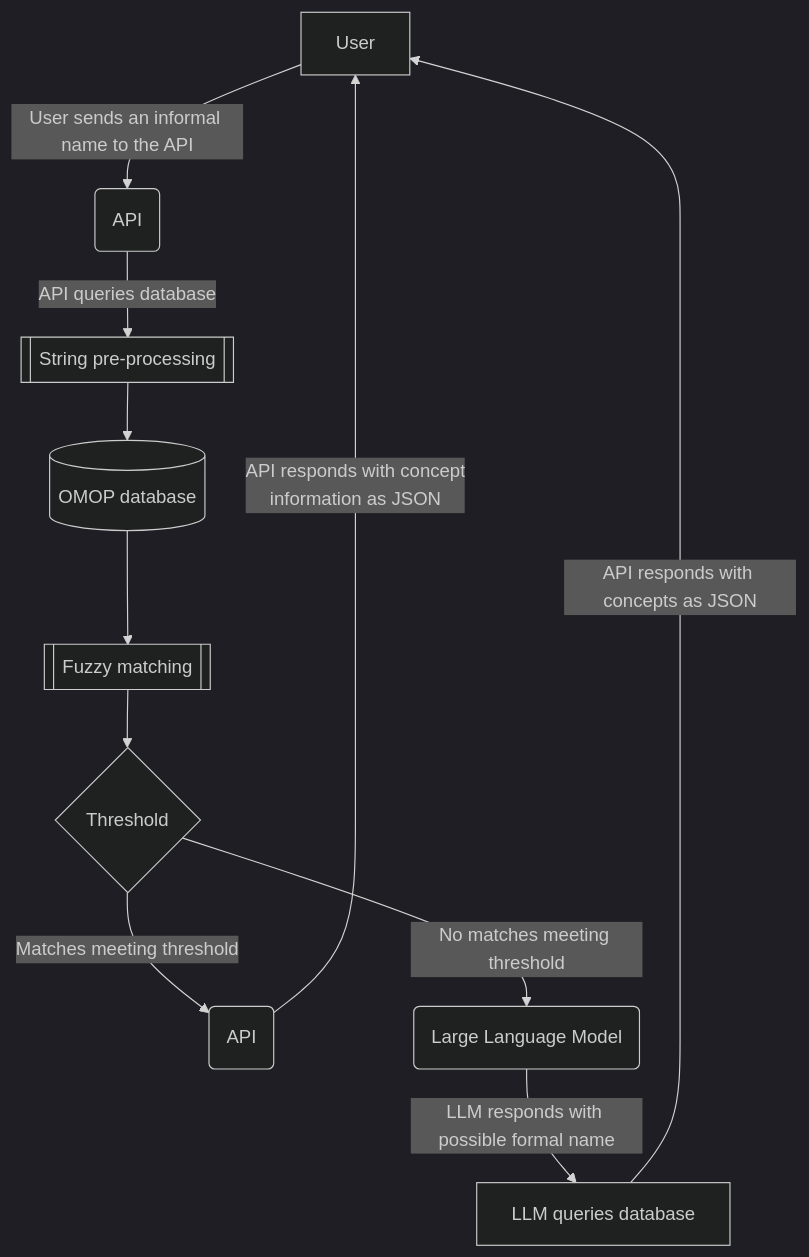
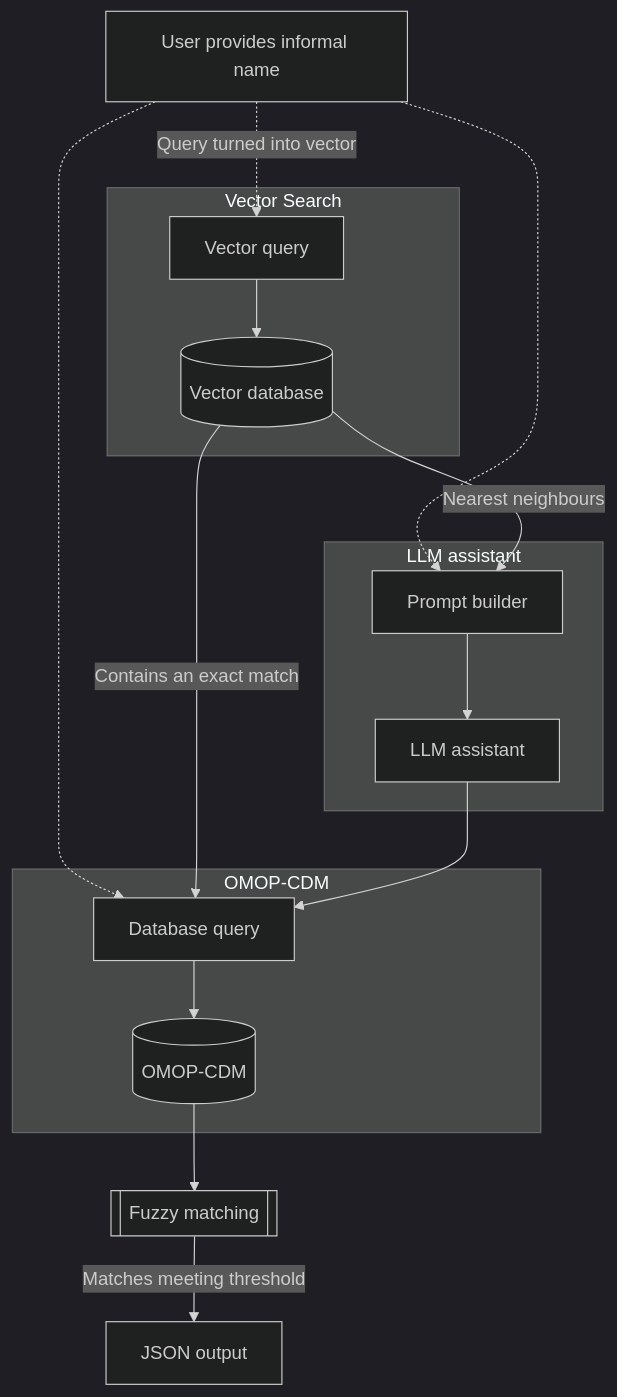
Before and after one commit to Health-Informatics-UoN/lettuce: the diagram in website/pages/index.mdx, drawn with Mermaid (dark theme). The commit also changed other lines of this file and 19 other files, not shown here.

````diff
--- a/website/pages/index.mdx
+++ b/website/pages/index.mdx
@@ -17,22 +23,29 @@
 ```mermaid
-   flowchart TD
-    usr[User]
-    api_in(API)
-    api_out(API)
-    llm(Large Language Model)
-    strpr[[String pre-processing]]
-    omop[(OMOP database)]
+  graph TD
+    usr[User provides informal name]
+    json[JSON output]
     fuzz[[Fuzzy matching]]
-    l_query[LLM queries database]
-    posmatch{Threshold}
-    usr -- User sends an informal name to the API --> api_in
-    api_out -- API responds with concept\ninformation as JSON --> usr
-    api_in -- API queries database--> strpr
-    llm -- LLM responds with possible formal name --> l_query
-    strpr --> omop
+    subgraph vector_search[Vector Search]
+      vs[Vector query]
+      v_db[(Vector database)]
+    end
+    subgraph assistant[LLM assistant]
+      prompt[Prompt builder]
+      llm[LLM assistant]
+    end
+    subgraph db[OMOP-CDM]
+      db_query[Database query]
+      omop[(OMOP-CDM)]
+    end
+    usr -. Query turned into vector .-> vs
+    usr -.-> prompt
+    usr -.-> db_query
+    vs --> v_db[(Vector database)]
+    v_db -- Nearest neighbours --> prompt
+    v_db -- Contains an exact match --> db_query
+    prompt --> llm
+    llm --> db_query
+    db_query --> omop[(OMOP-CDM)]
     omop --> fuzz
-    fuzz --> posmatch
-    posmatch -- Matches meeting threshold --> api_out
-    posmatch -- No matches meeting threshold --> llm
-    l_query -- API responds with concepts as JSON --> usr
+    fuzz -- Matches meeting threshold --> json
 ```
````
